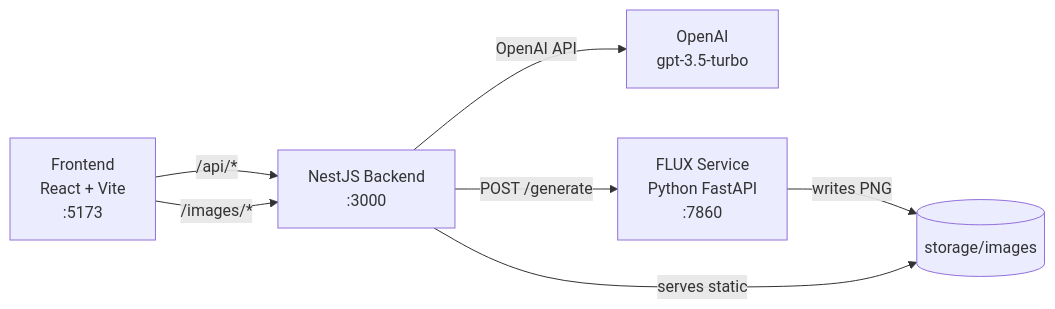
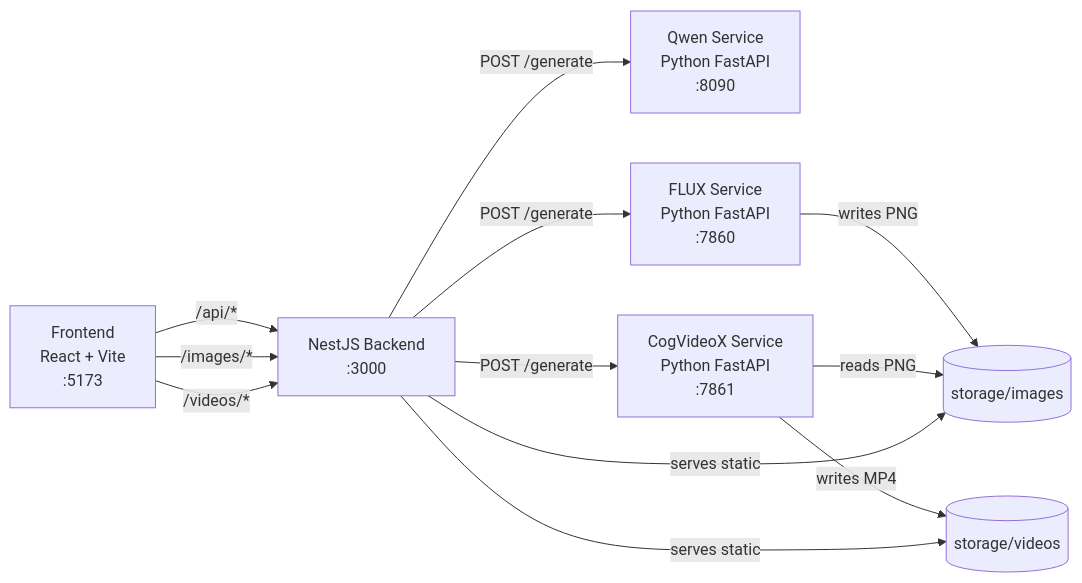
One commit to SandeepSuneja/ai-story-factory changed the diagram in README.md. Above: the diagram before and after it, drawn with Mermaid. The commit also changed other lines of this file and 90 other files, not shown here.

````diff
--- a/README.md
+++ b/README.md
@@ -22,9 +24,14 @@
 ```mermaid
 flowchart LR
     UI[Frontend<br/>React + Vite<br/>:5173] -->|/api/*| API[NestJS Backend<br/>:3000]
     UI -->|/images/*| API
-    API -->|OpenAI API| GPT[OpenAI<br/>gpt-3.5-turbo]
+    UI -->|/videos/*| API
+    API -->|POST /generate| Qwen[Qwen Service<br/>Python FastAPI<br/>:8090]
     API -->|POST /generate| FLUX[FLUX Service<br/>Python FastAPI<br/>:7860]
-    FLUX -->|writes PNG| Storage[(storage/images)]
-    API -->|serves static| Storage
+    API -->|POST /generate| CogVideo[CogVideoX Service<br/>Python FastAPI<br/>:7861]
+    FLUX -->|writes PNG| ImageStore[(storage/images)]
+    CogVideo -->|reads PNG| ImageStore
+    CogVideo -->|writes MP4| VideoStore[(storage/videos)]
+    API -->|serves static| ImageStore
+    API -->|serves static| VideoStore
 ```
````
